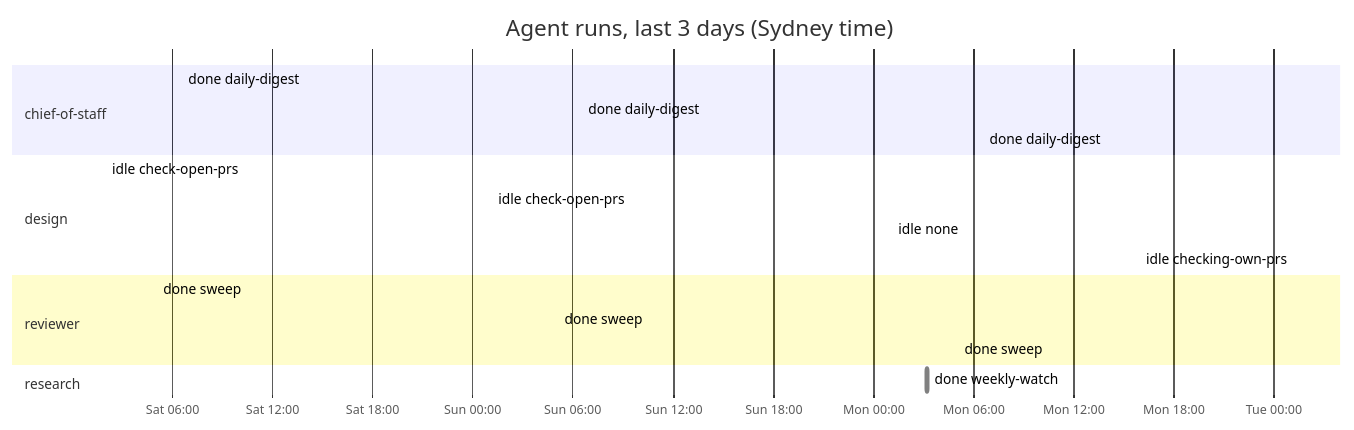
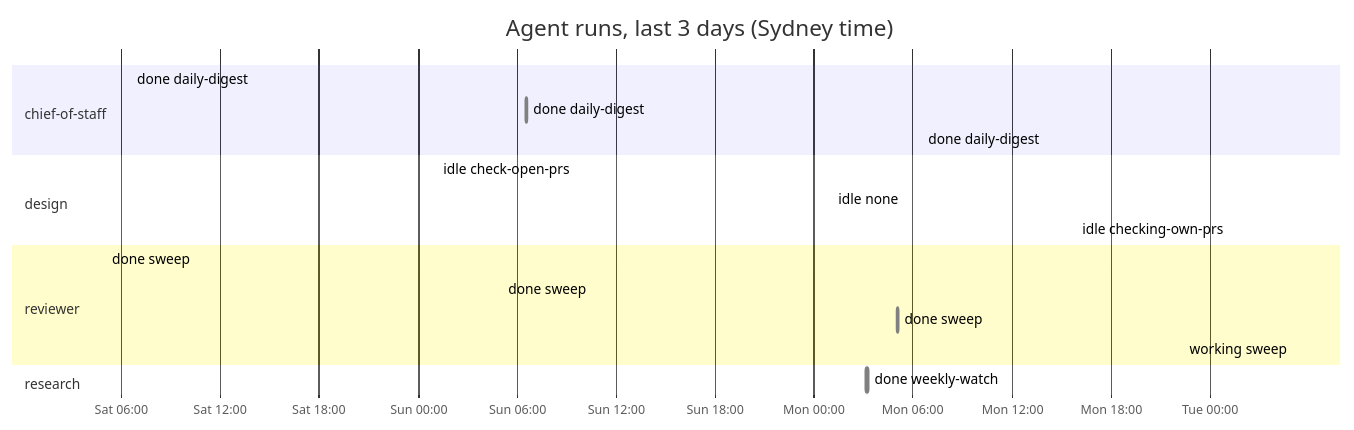
Before and after one commit to roulmediateam-byte/fifteen-expert-hq: the diagram in dashboard.md, drawn with Mermaid. The commit also changed other lines of this file and 1 other file, not shown here.

````diff
--- a/dashboard.md
+++ b/dashboard.md
@@ -43,21 +43,21 @@
 ```mermaid
 gantt
     title Agent runs, last 3 days (Sydney time)
     dateFormat YYYY-MM-DD HH:mm
     axisFormat %a %H:%M
     section chief-of-staff
     done daily-digest :done, 2026-11-14 06:35, 2026-11-14 06:36
     done daily-digest :done, 2026-11-15 06:35, 2026-11-15 06:36
     done daily-digest :done, 2026-11-16 06:35, 2026-11-16 06:36
     section design
-    idle check-open-prs :done, 2026-11-14 02:01, 2026-11-14 02:02
     idle check-open-prs :done, 2026-11-15 01:08, 2026-11-15 01:09
     idle none :done, 2026-11-16 01:08, 2026-11-16 01:08
     idle checking-own-prs :done, 2026-11-17 01:12, 2026-11-17 01:12
     section reviewer
     done sweep :done, 2026-11-14 05:05, 2026-11-14 05:06
     done sweep :done, 2026-11-15 05:07, 2026-11-15 05:08
     done sweep :done, 2026-11-16 05:05, 2026-11-16 05:06
+    working sweep :active, 2026-11-17 05:05, 2026-11-17 05:05
     section research
     done weekly-watch :done, 2026-11-16 03:10, 2026-11-16 03:17
 ```
````
